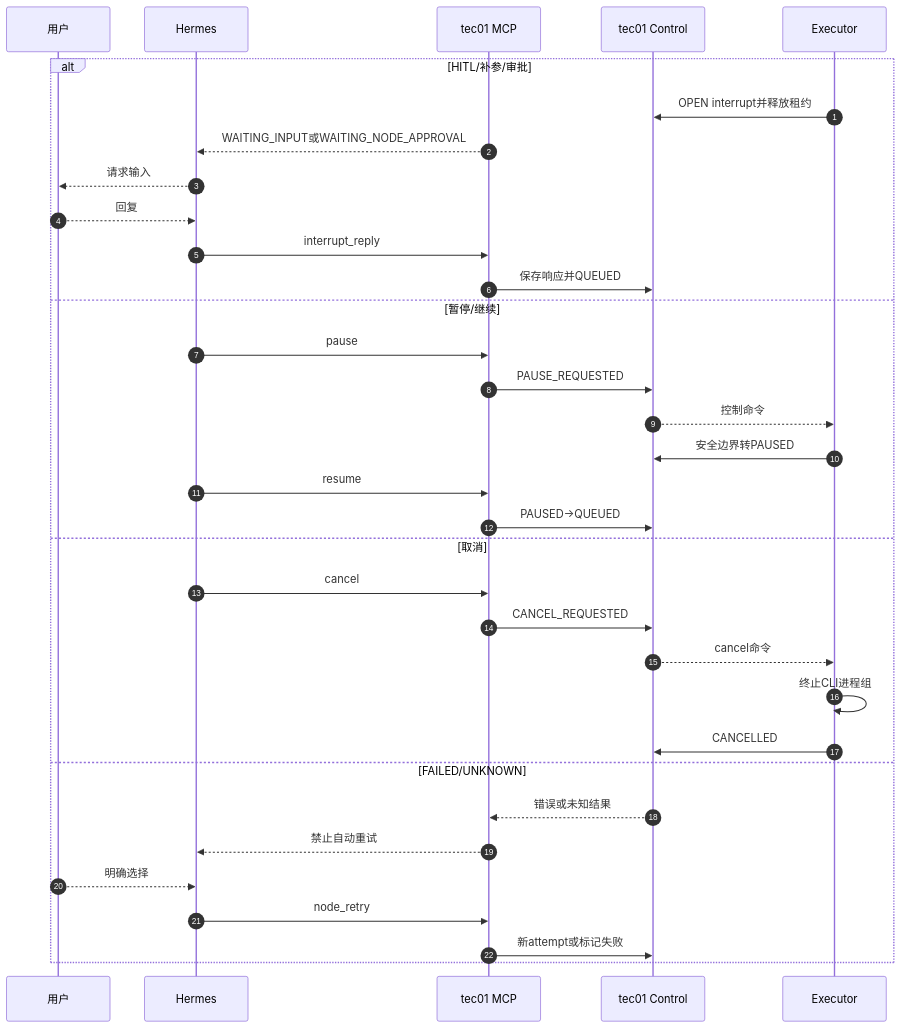
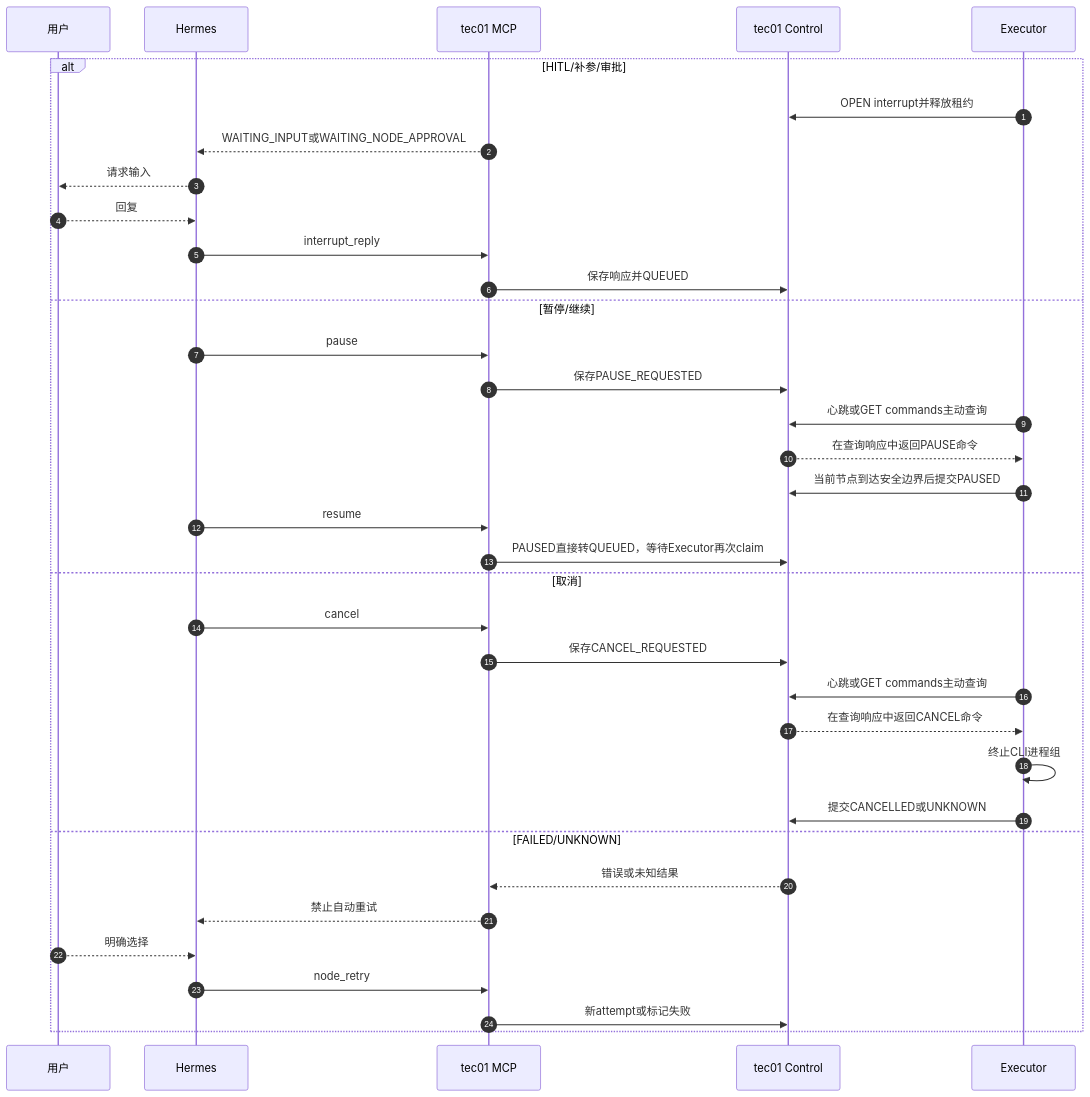
Before and after one commit to armin1024/itsm-workflow: the sixth of 7 diagrams in docs/tec01-control-plane-split.md, drawn with Mermaid. The commit also changed other lines of this file and 1 other file, not shown here.

````diff
--- a/docs/tec01-control-plane-split.md
+++ b/docs/tec01-control-plane-split.md
@@ -428,37 +509,39 @@
 ```mermaid
 sequenceDiagram
     autonumber
     participant U as 用户
     participant H as Hermes
     participant M as tec01 MCP
     participant T as tec01 Control
     participant E as Executor
 
     alt HITL/补参/审批
         E->>T: OPEN interrupt并释放租约
         M-->>H: WAITING_INPUT或WAITING_NODE_APPROVAL
         H-->>U: 请求输入
         U-->>H: 回复
         H->>M: interrupt_reply
         M->>T: 保存响应并QUEUED
     else 暂停/继续
         H->>M: pause
-        M->>T: PAUSE_REQUESTED
-        T-->>E: 控制命令
-        E->>T: 安全边界转PAUSED
+        M->>T: 保存PAUSE_REQUESTED
+        E->>T: 心跳或GET commands主动查询
+        T-->>E: 在查询响应中返回PAUSE命令
+        E->>T: 当前节点到达安全边界后提交PAUSED
         H->>M: resume
-        M->>T: PAUSED→QUEUED
+        M->>T: PAUSED直接转QUEUED，等待Executor再次claim
     else 取消
         H->>M: cancel
-        M->>T: CANCEL_REQUESTED
-        T-->>E: cancel命令
+        M->>T: 保存CANCEL_REQUESTED
+        E->>T: 心跳或GET commands主动查询
+        T-->>E: 在查询响应中返回CANCEL命令
         E->>E: 终止CLI进程组
-        E->>T: CANCELLED
+        E->>T: 提交CANCELLED或UNKNOWN
     else FAILED/UNKNOWN
         T-->>M: 错误或未知结果
         M-->>H: 禁止自动重试
         U-->>H: 明确选择
         H->>M: node_retry
         M->>T: 新attempt或标记失败
     end
 ```
````
